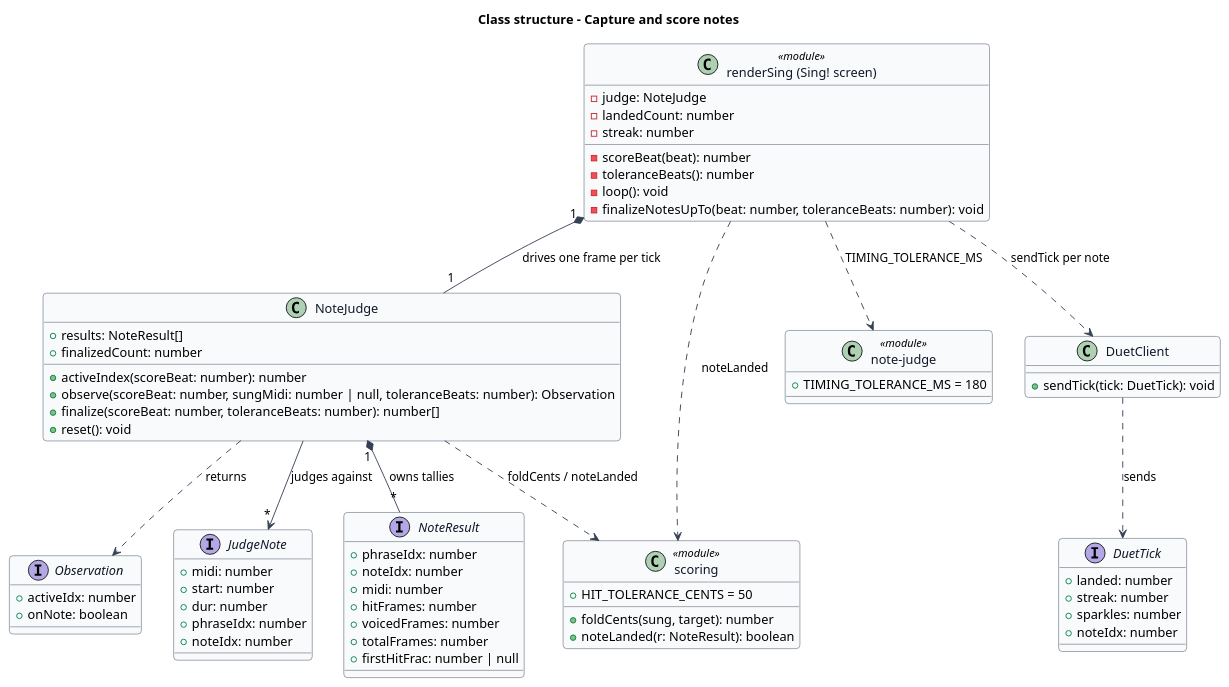
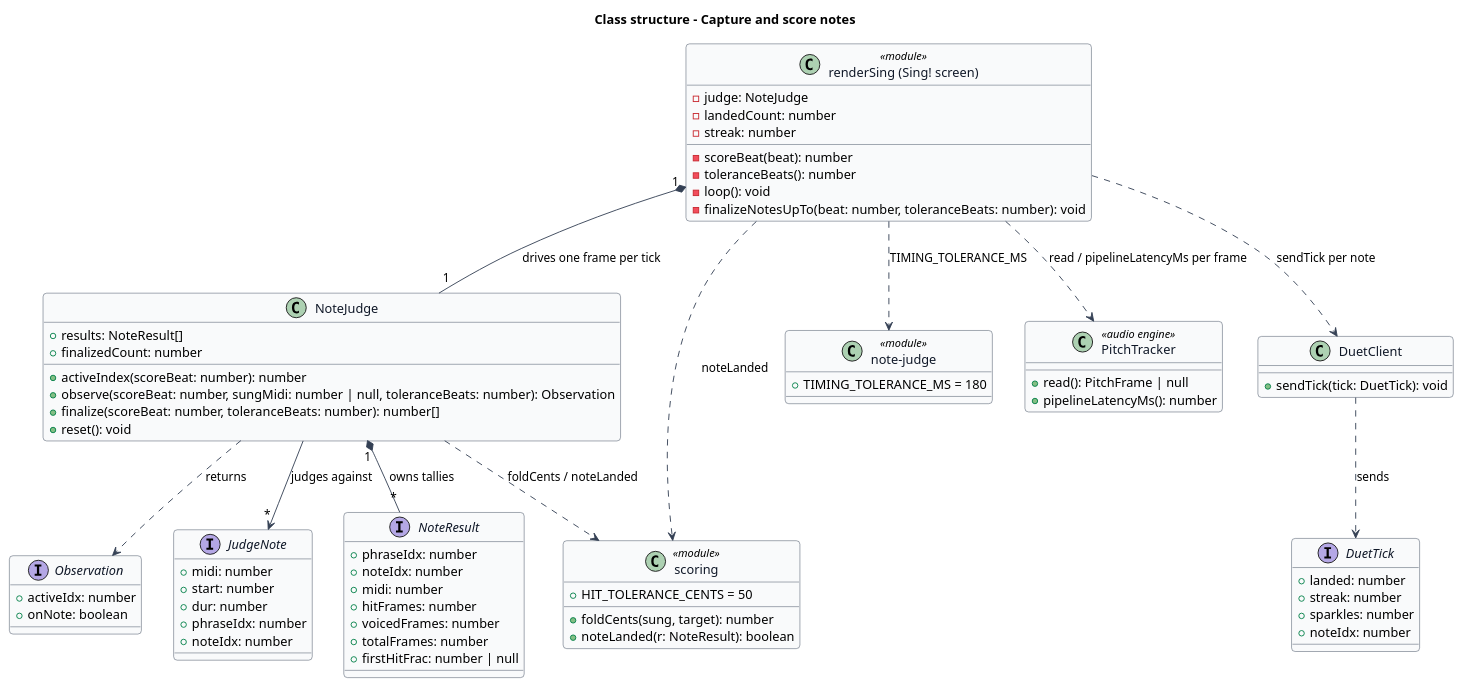
One commit to QuinntyneBrown/TwinkleTune changed the diagram in docs/detailed-designs/singing-gameplay/capture-and-score-notes/diagrams/class-structure.puml. Above: the diagram before and after it, drawn with PlantUML. The commit also changed 13 other files, not shown here.

First line of the commit message:
Specify automatic pipeline latency compensation (AE-L2-18, SG-L2-19)

```diff
--- a/docs/detailed-designs/singing-gameplay/capture-and-score-notes/diagrams/class-structure.puml
+++ b/docs/detailed-designs/singing-gameplay/capture-and-score-notes/diagrams/class-structure.puml
@@ -1,88 +1,94 @@
 @startuml
 ' --- shared skin header ---
 skinparam backgroundColor #FFFFFF
 skinparam shadowing false
 skinparam roundcorner 8
 skinparam defaultFontName Arial
 skinparam ArrowColor #344054
 skinparam class {
   BorderColor #344054
   FontColor #101828
   BackgroundColor #F9FAFB
 }
 ' --------------------------
 title Class structure - Capture and score notes
 
 class "renderSing (Sing! screen)" as Sing <<module>> {
   -judge: NoteJudge
   -landedCount: number
   -streak: number
   -scoreBeat(beat): number
   -toleranceBeats(): number
   -loop(): void
   -finalizeNotesUpTo(beat: number, toleranceBeats: number): void
 }
 
 class NoteJudge {
   +results: NoteResult[]
   +finalizedCount: number
   +activeIndex(scoreBeat: number): number
   +observe(scoreBeat: number, sungMidi: number | null, toleranceBeats: number): Observation
   +finalize(scoreBeat: number, toleranceBeats: number): number[]
   +reset(): void
 }
 
 interface Observation {
   +activeIdx: number
   +onNote: boolean
 }
 
 interface JudgeNote {
   +midi: number
   +start: number
   +dur: number
   +phraseIdx: number
   +noteIdx: number
 }
 
 interface NoteResult {
   +phraseIdx: number
   +noteIdx: number
   +midi: number
   +hitFrames: number
   +voicedFrames: number
   +totalFrames: number
   +firstHitFrac: number | null
 }
 
 class "scoring" as Scoring <<module>> {
   +HIT_TOLERANCE_CENTS = 50
   +foldCents(sung, target): number
   +noteLanded(r: NoteResult): boolean
 }
 
 class "note-judge" as JudgeMod <<module>> {
   +TIMING_TOLERANCE_MS = 180
 }
 
+class PitchTracker <<audio engine>> {
+  +read(): PitchFrame | null
+  +pipelineLatencyMs(): number
+}
+
 class DuetClient {
   +sendTick(tick: DuetTick): void
 }
 
 interface DuetTick {
   +landed: number
   +streak: number
   +sparkles: number
   +noteIdx: number
 }
 
 Sing "1" *-- "1" NoteJudge : drives one frame per tick
 NoteJudge "1" *-- "*" NoteResult : owns tallies
 NoteJudge --> "*" JudgeNote : judges against
 NoteJudge ..> Observation : returns
 NoteJudge ..> Scoring : foldCents / noteLanded
 Sing ..> JudgeMod : TIMING_TOLERANCE_MS
 Sing ..> Scoring : noteLanded
+Sing ..> PitchTracker : read / pipelineLatencyMs per frame
 Sing ..> DuetClient : sendTick per note
 DuetClient ..> DuetTick : sends
 @enduml
```
